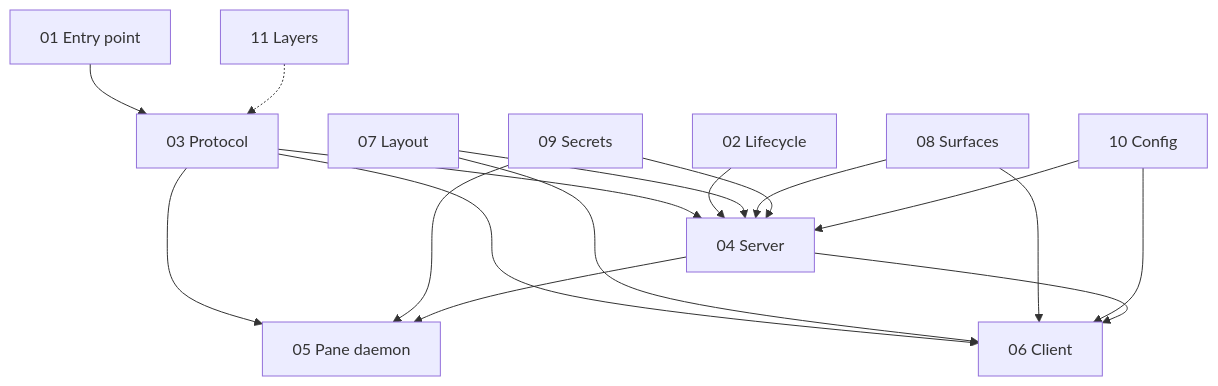
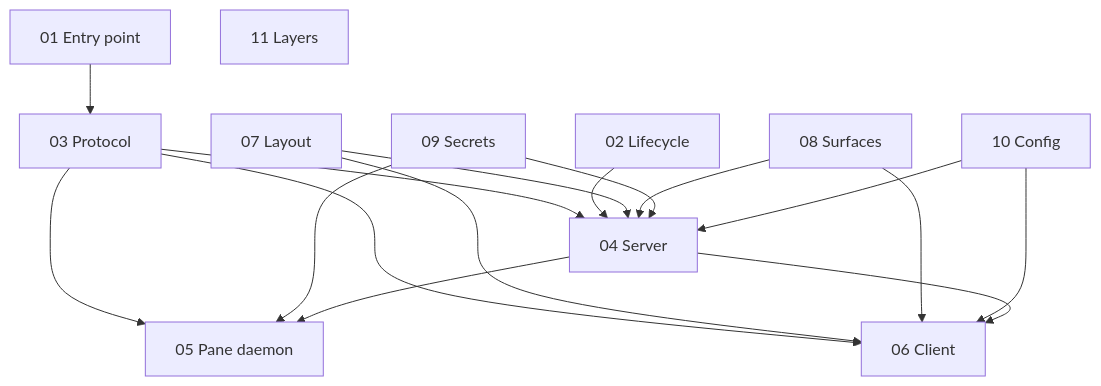
One commit to ladydascalie/dm changed the diagram in docs/internals/README.md. Above: the diagram before and after it, drawn with Mermaid. The commit also changed other lines of this file and 13 other files, not shown here.

````diff
--- a/docs/internals/README.md
+++ b/docs/internals/README.md
@@ -78,31 +110,30 @@
 ```mermaid
 flowchart TD
   entry["01 Entry point"]
   lifecycle["02 Lifecycle"]
   proto["03 Protocol"]
   server["04 Server"]
   pane["05 Pane daemon"]
   client["06 Client"]
   layout["07 Layout"]
   surf["08 Surfaces"]
   secrets["09 Secrets"]
   config["10 Config"]
   layers["11 Layers"]
 
   entry --> proto
   proto --> server
   proto --> pane
   proto --> client
   lifecycle --> server
   layout --> server
   layout --> client
   surf --> server
   surf --> client
   secrets --> server
   secrets --> pane
   config --> server
   config --> client
   server --> pane
   server --> client
-  layers -.-> proto
 ```
````
